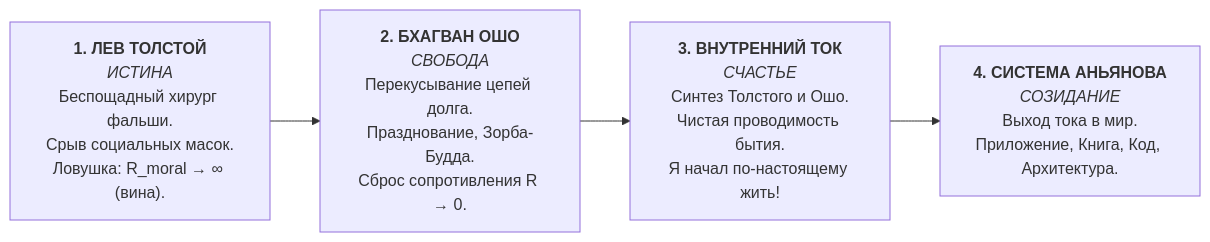
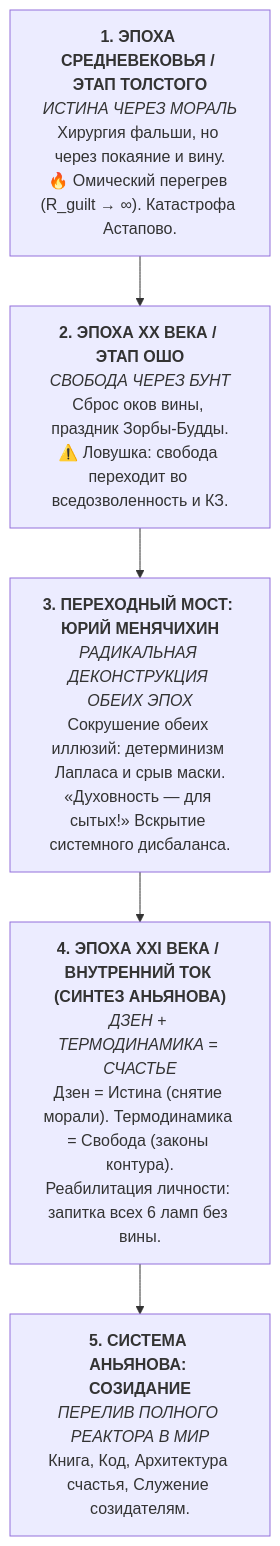
The fifth of 5 diagrams in wiki/Inner Current (The Anyanov Triad and Tetrad — Truth, Freedom, Happiness, Creation and the Biographical Proof).md (vsanyanov-ux/inner-current), drawn with Mermaid before and after one commit. The commit also changed other lines of this file and 86 other files, not shown here.

````diff
--- a/wiki/Inner Current (The Anyanov Triad and Tetrad — Truth, Freedom, Happiness, Creation and the Biographical Proof).md
+++ b/wiki/Inner Current (The Anyanov Triad and Tetrad — Truth, Freedom, Happiness, Creation and the Biographical Proof).md
@@ -163,7 +202,8 @@
 ```mermaid
-flowchart LR
-    Step1["<b>1. ЛЕВ ТОЛСТОЙ</b><br/><i>ИСТИНА</i><br/>Беспощадный хирург фальши.<br/>Срыв социальных масок.<br/>Ловушка: R_moral → ∞ (вина)."]
-    --> Step2["<b>2. БХАГВАН ОШО</b><br/><i>СВОБОДА</i><br/>Перекусывание цепей долга.<br/>Празднование, Зорба-Будда.<br/>Сброс сопротивления R → 0."]
-    --> Step3["<b>3. ВНУТРЕННИЙ ТОК</b><br/><i>СЧАСТЬЕ</i><br/>Синтез Толстого и Ошо.<br/>Чистая проводимость бытия.<br/>Я начал по-настоящему жить!"]
-    --> Step4["<b>4. СИСТЕМА АНЬЯНОВА</b><br/><i>СОЗИДАНИЕ</i><br/>Выход тока в мир.<br/>Приложение, Книга, Код, Архитектура."]
+flowchart TD
+    Step1["<b>1. ЭПОХА СРЕДНЕВЕКОВЬЯ / ЭТАП ТОЛСТОГО</b><br/><i>ИСТИНА ЧЕРЕЗ МОРАЛЬ</i><br/>Хирургия фальши, но через покаяние и вину.<br/>🔥 Омический перегрев (R_guilt → ∞). Катастрофа Астапово."]
+    --> Step2["<b>2. ЭПОХА XX ВЕКА / ЭТАП ОШО</b><br/><i>СВОБОДА ЧЕРЕЗ БУНТ</i><br/>Сброс оков вины, праздник Зорбы-Будды.<br/>⚠️ Ловушка: свобода переходит во вседозволенность и КЗ."]
+    --> Step3["<b>3. ПЕРЕХОДНЫЙ МОСТ: ЮРИЙ МЕНЯЧИХИН</b><br/><i>РАДИКАЛЬНАЯ ДЕКОНСТРУКЦИЯ ОБЕИХ ЭПОХ</i><br/>Сокрушение обеих иллюзий: детерминизм Лапласа и срыв маски.<br/>«Духовность — для сытых!» Вскрытие системного дисбаланса."]
+    --> Step4["<b>4. ЭПОХА XXI ВЕКА / ВНУТРЕННИЙ ТОК (СИНТЕЗ АНЬЯНОВА)</b><br/><i>ДЗЕН + ТЕРМОДИНАМИКА = СЧАСТЬЕ</i><br/>Дзен = Истина (снятие морали). Термодинамика = Свобода (законы контура).<br/>Реабилитация личности: запитка всех 6 ламп без вины."]
+    --> Step5["<b>5. СИСТЕМА АНЬЯНОВА: СОЗИДАНИЕ</b><br/><i>ПЕРЕЛИВ ПОЛНОГО РЕАКТОРА В МИР</i><br/>Книга, Код, Архитектура счастья, Служение созидателям."]
 ```
````
